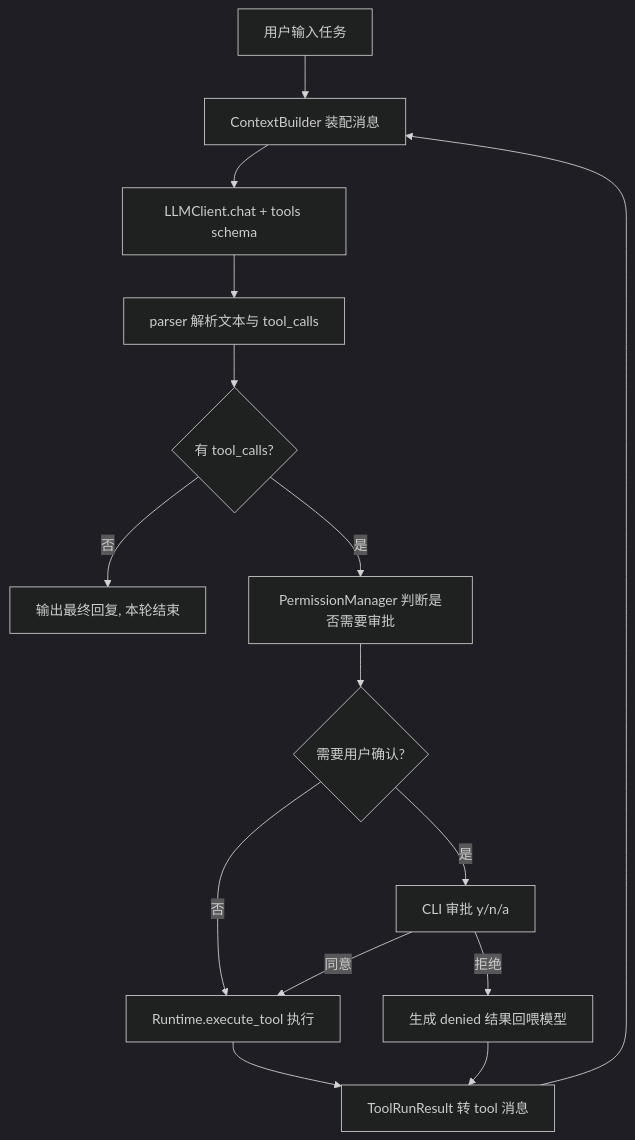
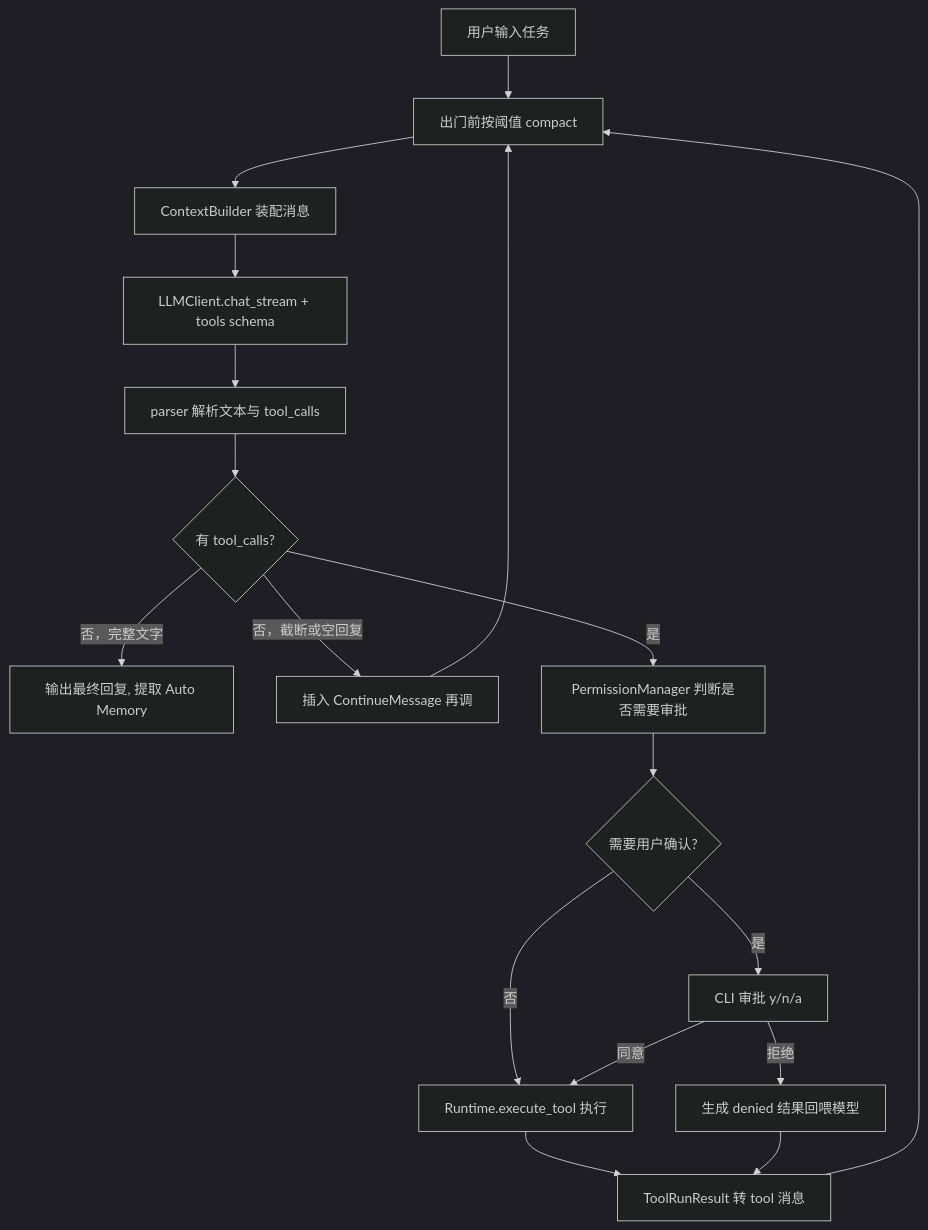
The diagram in docs/architecture.md (cty8888/Cyan), drawn with Mermaid (dark theme) before and after one commit. The commit also changed other lines of this file and 11 other files, not shown here.

````diff
--- a/docs/architecture.md
+++ b/docs/architecture.md
@@ -104,17 +110,20 @@
 ```mermaid
 flowchart TD
-    UserInput[用户输入任务] --> Ctx[ContextBuilder 装配消息]
-    Ctx --> LLM[LLMClient.chat + tools schema]
+    UserInput[用户输入任务] --> Shrink[出门前按阈值 compact]
+    Shrink --> Ctx[ContextBuilder 装配消息]
+    Ctx --> LLM[LLMClient.chat_stream + tools schema]
     LLM --> Parse[parser 解析文本与 tool_calls]
     Parse --> HasTool{有 tool_calls?}
-    HasTool -->|否| Done[输出最终回复, 本轮结束]
+    HasTool -->|否，完整文字| Done[输出最终回复, 提取 Auto Memory]
+    HasTool -->|否，截断或空回复| Continue[插入 ContinueMessage 再调]
+    Continue --> Shrink
     HasTool -->|是| Perm[PermissionManager 判断是否需要审批]
     Perm --> NeedAsk{需要用户确认?}
     NeedAsk -->|否| Exec[Runtime.execute_tool 执行]
     NeedAsk -->|是| Approve[CLI 审批 y/n/a]
     Approve -->|拒绝| Denied[生成 denied 结果回喂模型]
     Approve -->|同意| Exec
     Exec --> Result[ToolRunResult 转 tool 消息]
     Denied --> Result
-    Result --> Ctx
+    Result --> Shrink
 ```
````
